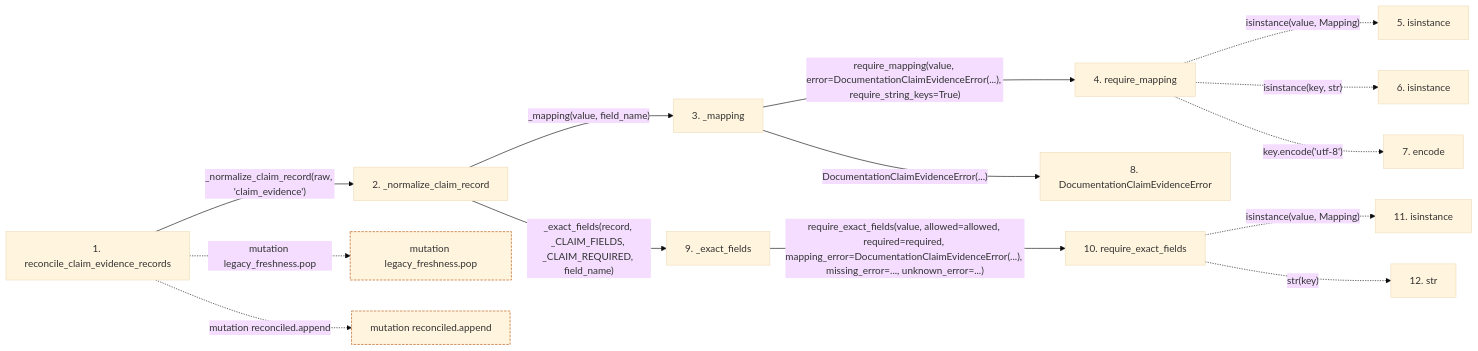
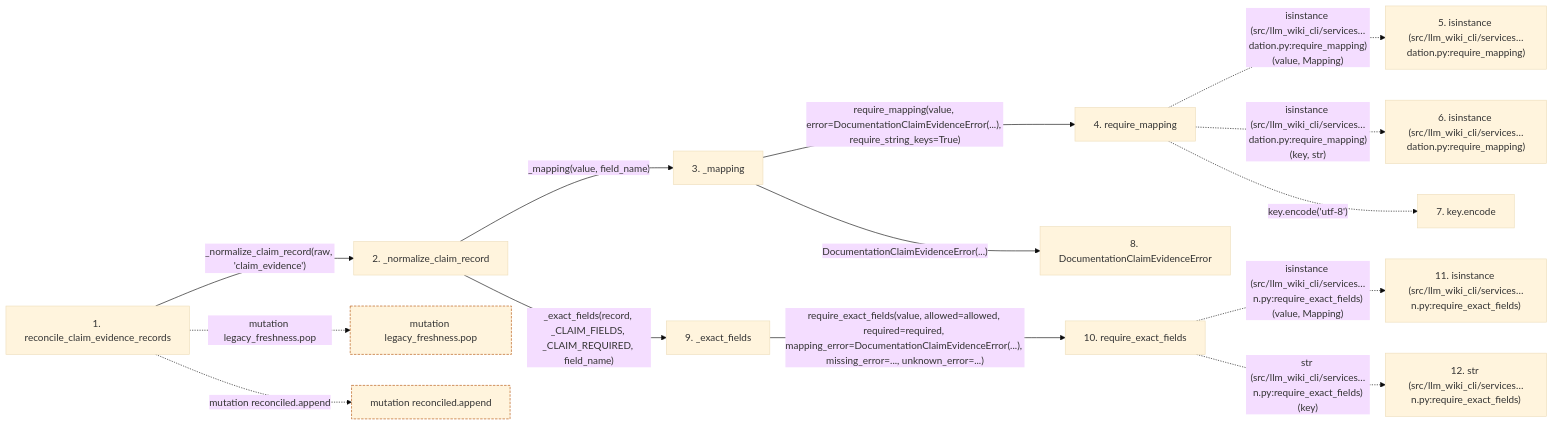
One commit to Denissvgn/python-wiki-llm changed the second of 2 diagrams in docs/llm_wiki/flows/api-reconcile_claim_evidence_records.md. Above: the diagram before and after it, drawn with Mermaid (base theme). The commit also changed other lines of this file and 719 other files, not shown here.

````diff
--- a/docs/llm_wiki/flows/api-reconcile_claim_evidence_records.md
+++ b/docs/llm_wiki/flows/api-reconcile_claim_evidence_records.md
@@ -71,40 +73,40 @@
 ```mermaid
 flowchart LR
     s1["1. reconcile_claim_evidence_records"]
     s2["2. _normalize_claim_record"]
     s3["3. _mapping"]
     s4["4. require_mapping"]
-    s5["5. isinstance"]
-    s6["6. isinstance"]
-    s7["7. encode"]
+    s5["5. isinstance (src/llm_wiki_cli/services…dation.py:require_mapping)"]
+    s6["6. isinstance (src/llm_wiki_cli/services…dation.py:require_mapping)"]
+    s7["7. key.encode"]
     s8["8. DocumentationClaimEvidenceError"]
     s9["9. _exact_fields"]
     s10["10. require_exact_fields"]
-    s11["11. isinstance"]
-    s12["12. str"]
+    s11["11. isinstance (src/llm_wiki_cli/services…n.py:require_exact_fields)"]
+    s12["12. str (src/llm_wiki_cli/services…n.py:require_exact_fields)"]
     s1 -->|"_normalize_claim_record(raw, 'claim_evidence')"| s2
     s2 -->|"_mapping(value, field_name)"| s3
     s3 -->|"require_mapping(value, error=DocumentationClaimEvidenceError(...), require_string_keys=True)"| s4
-    s4 -. "isinstance(value, Mapping)" .-> s5
-    s4 -. "isinstance(key, str)" .-> s6
+    s4 -. "isinstance (src/llm_wiki_cli/services…dation.py:require_mapping)(value, Mapping)" .-> s5
+    s4 -. "isinstance (src/llm_wiki_cli/services…dation.py:require_mapping)(key, str)" .-> s6
     s4 -. "key.encode('utf-8')" .-> s7
     s3 -->|"DocumentationClaimEvidenceError(...)"| s8
     s2 -->|"_exact_fields(record, _CLAIM_FIELDS, _CLAIM_REQUIRED, field_name)"| s9
     s9 -->|"require_exact_fields(value, allowed=allowed, required=required, mapping_error=DocumentationClaimEvidenceError(...), missing_error=..., unknown_error=...)"| s10
-    s10 -. "isinstance(value, Mapping)" .-> s11
-    s10 -. "str(key)" .-> s12
+    s10 -. "isinstance (src/llm_wiki_cli/services…n.py:require_exact_fields)(value, Mapping)" .-> s11
+    s10 -. "str (src/llm_wiki_cli/services…n.py:require_exact_fields)(key)" .-> s12
     b0["mutation legacy_freshness.pop"]
     s1 -. "mutation legacy_freshness.pop" .-> b0
     b1["mutation reconciled.append"]
     s1 -. "mutation reconciled.append" .-> b1
     click s1 "../modules/documentation_claim_evidence.md"
     click s2 "../modules/documentation_claim_evidence.md"
     click s3 "../modules/documentation_claim_evidence.md"
     click s4 "../modules/validation.md"
     click s8 "../modules/documentation_claim_evidence.md"
     click s9 "../modules/documentation_claim_evidence.md"
     click s10 "../modules/validation.md"
     classDef boundary stroke:#b45309,stroke-dasharray: 4 2
     class b0 boundary
     class b1 boundary
 ```
````
